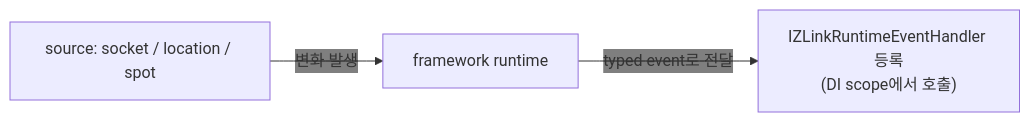
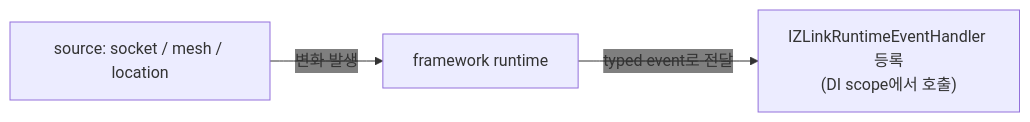
One commit to kairos-code-dev/zlink changed the diagram in framework/doc/framework/dotnet/guide/11-monitoring.ko.md. Above: the diagram before and after it, drawn with Mermaid. The commit also changed other lines of this file and 1464 other files, not shown here.

Commit message:
feat(framework): tighten v11 public runtime boundaries

````diff
--- a/framework/doc/framework/dotnet/guide/11-monitoring.ko.md
+++ b/framework/doc/framework/dotnet/guide/11-monitoring.ko.md
@@ -33,6 +32,6 @@
 ```mermaid
 %%{init: {'themeVariables': {'edgeLabelBackground':'transparent'}}}%%
 flowchart LR
-  SRC["source: socket / location / spot"] -->|"변화 발생"| FW["framework runtime"]
+  SRC["source: socket / mesh / location"] -->|"변화 발생"| FW["framework runtime"]
   FW -->|"typed event로 전달"| H["IZLinkRuntimeEventHandler 등록<br/>(DI scope에서 호출)"]
 ```
````
